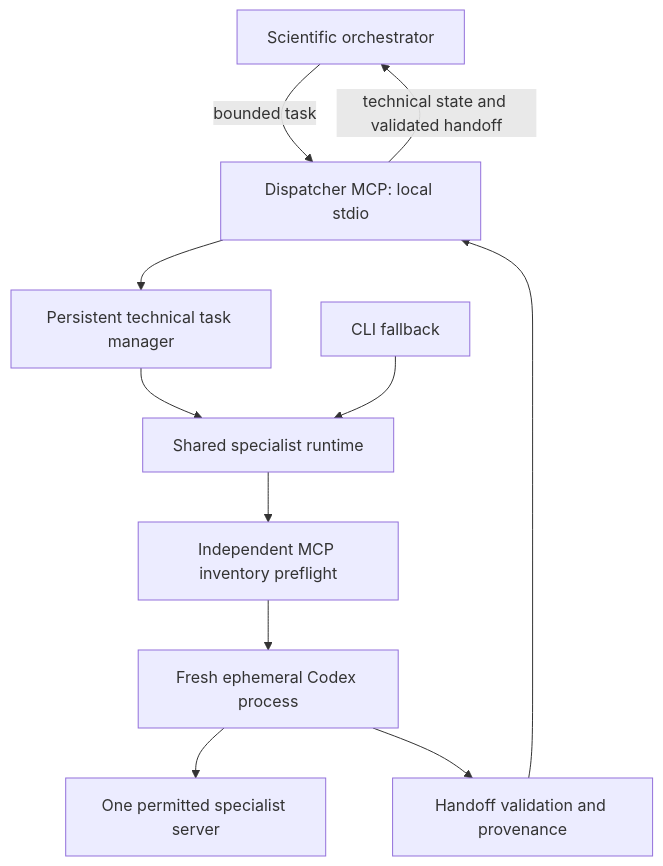
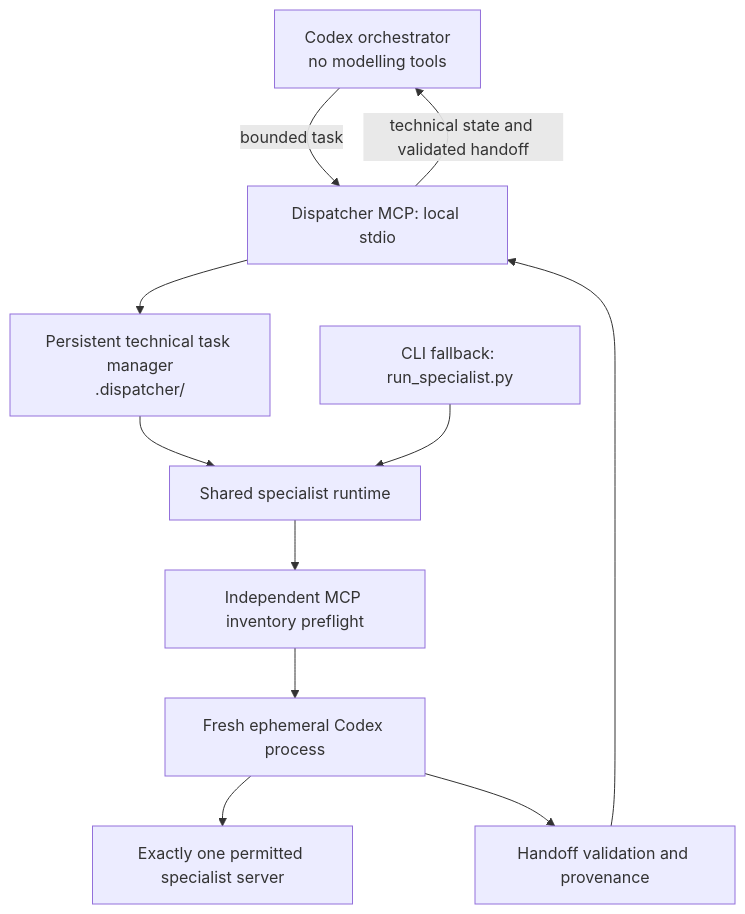
The diagram in docs/specialist-dispatcher.md (marcorusc/agentic_system_for_modelling), drawn with Mermaid before and after one commit. The commit also changed other lines of this file and 11 other files, not shown here.

````diff
--- a/docs/specialist-dispatcher.md
+++ b/docs/specialist-dispatcher.md
@@ -146,13 +14,13 @@
 ```mermaid
 flowchart TD
-    O[Scientific orchestrator] -->|bounded task| D[Dispatcher MCP: local stdio]
-    D --> M[Persistent technical task manager]
+    O[Codex orchestrator<br/>no modelling tools] -->|bounded task| D[Dispatcher MCP: local stdio]
+    D --> M[Persistent technical task manager<br/>.dispatcher/]
     M --> R[Shared specialist runtime]
-    C[CLI fallback] --> R
+    C[CLI fallback: run_specialist.py] --> R
     R --> P[Independent MCP inventory preflight]
     P --> N[Fresh ephemeral Codex process]
-    N --> S[One permitted specialist server]
+    N --> S[Exactly one permitted specialist server]
     N --> V[Handoff validation and provenance]
     V --> D
     D -->|technical state and validated handoff| O
 ```
````
